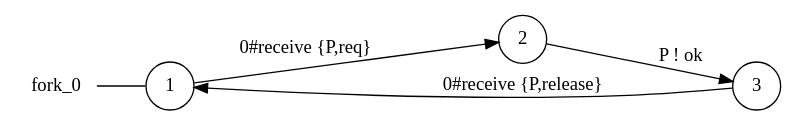
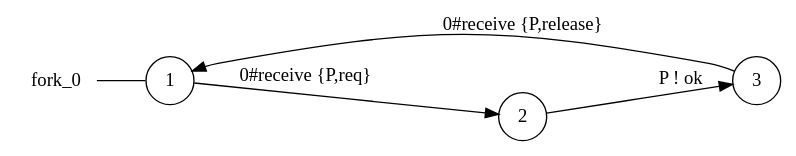
Before and after one commit to gabrielegenovese/chorer: the diagram in examples/dining/fork_0_local_view.dot, drawn with Graphviz. The commit also changed 203 other files, not shown here.

```diff
--- a/examples/dining/fork_0_local_view.dot
+++ b/examples/dining/fork_0_local_view.dot
@@ -1,12 +1,12 @@
 digraph fork_0 {
 	rankdir="LR";
 	n_0 [label="fork_0", shape="plaintext"];
-	n_1 [id="1", shape=circle, label="1"];
-	n_0 -> n_1 [arrowhead=none];
-	n_2 [id="4", shape=circle, label="3"];
-	n_3 [id="2", shape=circle, label="2"];
+	n_1 [id="3", shape=circle, label="3"];
+	n_2 [id="2", shape=circle, label="2"];
+	n_3 [id="1", shape=circle, label="1"];
+	n_0 -> n_3 [arrowhead=none];
 
-	n_2 -> n_1 [id="[$e|4]", label="0#receive {P,release}"];
-	n_1 -> n_3 [id="[$e|2]", label="0#receive {P,req}"];
-	n_3 -> n_2 [id="[$e|0]", label="P ! ok"];
+	n_3 -> n_2 [id="[$e|0]", label="0#receive {P,req}"];
+	n_1 -> n_3 [id="[$e|4]", label="0#receive {P,release}"];
+	n_2 -> n_1 [id="[$e|1]", label="P ! ok"];
 }
```
